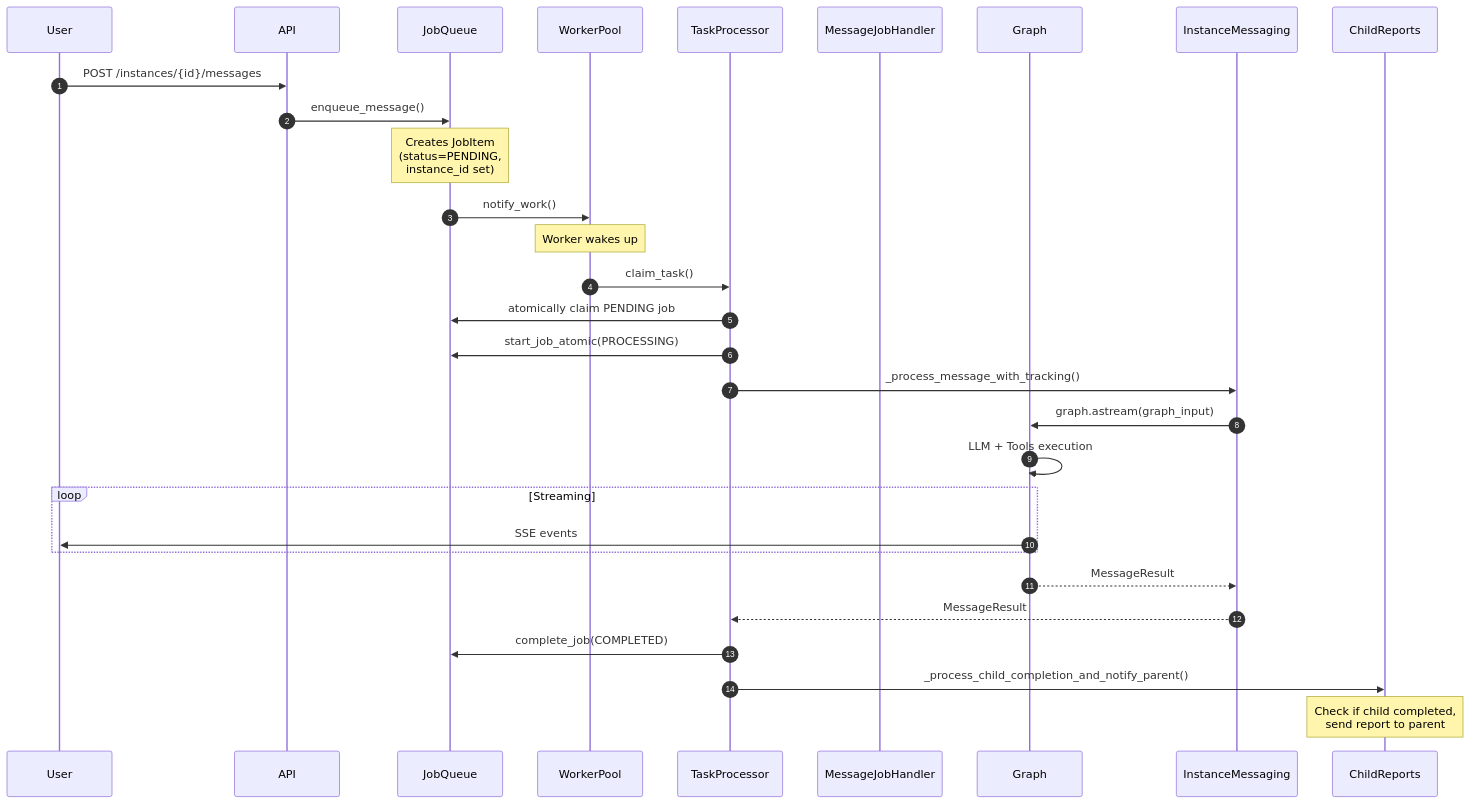
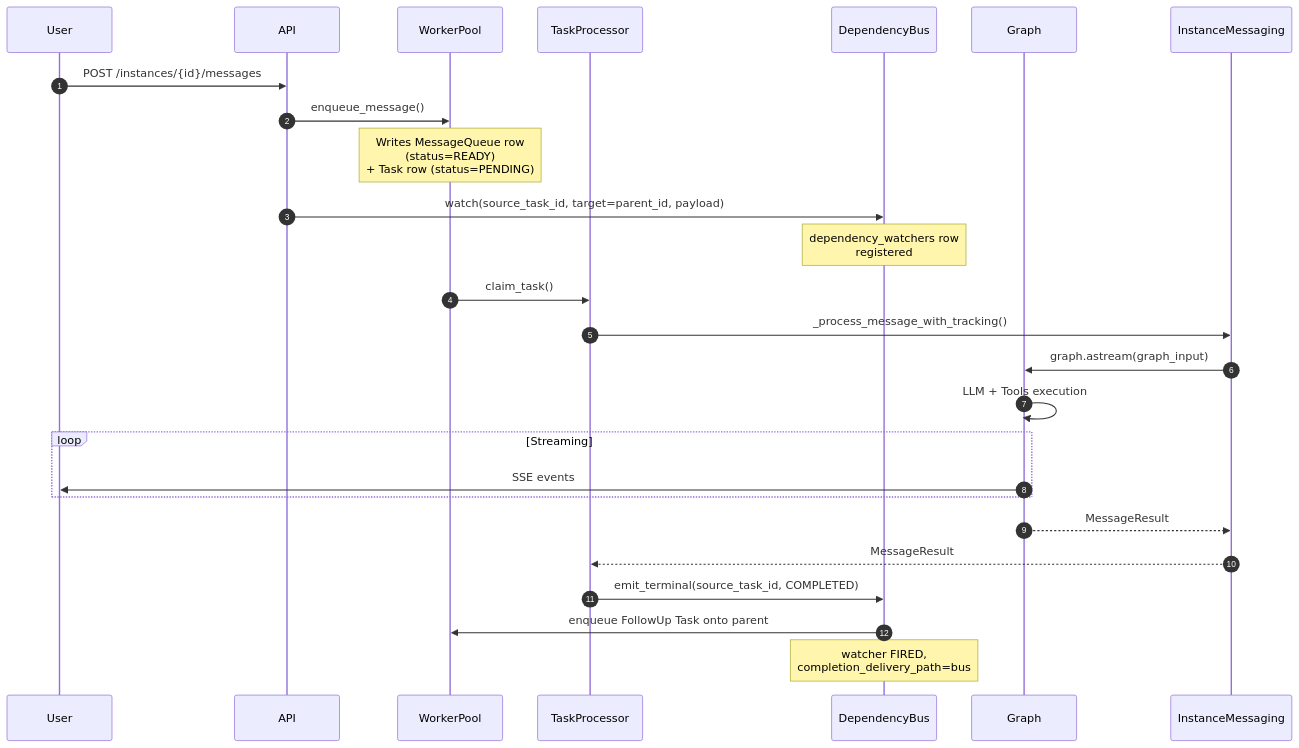
One commit to disillusioners/ensemble changed the first of 9 diagrams in docs/architecture/job-task-pause-resume.md. Above: the diagram before and after it, drawn with Mermaid. The commit also changed other lines of this file and 3 other files, not shown here.

First line of the commit message:
docs(D14,D15,D16): update architecture docs + CHANGELOG for Phase D

````diff
--- a/docs/architecture/job-task-pause-resume.md
+++ b/docs/architecture/job-task-pause-resume.md
@@ -444,32 +456,29 @@
 ```mermaid
 sequenceDiagram
     autonumber
     participant User
     participant API
-    participant JobQueue
     participant WorkerPool
     participant TaskProcessor
-    participant MessageJobHandler
+    participant Bus as DependencyBus
     participant Graph
     participant InstanceMessaging
 
     User->>API: POST /instances/{id}/messages
-    API->>JobQueue: enqueue_message()
-    Note over JobQueue: Creates JobItem<br/>(status=PENDING,<br/>instance_id set)
-    JobQueue->>WorkerPool: notify_work()
-    Note over WorkerPool: Worker wakes up
+    API->>WorkerPool: enqueue_message()
+    Note over WorkerPool: Writes MessageQueue row<br/>(status=READY)<br/>+ Task row (status=PENDING)
+    API->>Bus: watch(source_task_id, target=parent_id, payload)
+    Note over Bus: dependency_watchers row<br/>registered
     WorkerPool->>TaskProcessor: claim_task()
-    TaskProcessor->>JobQueue: atomically claim PENDING job
-    TaskProcessor->>JobQueue: start_job_atomic(PROCESSING)
     TaskProcessor->>InstanceMessaging: _process_message_with_tracking()
     InstanceMessaging->>Graph: graph.astream(graph_input)
     Graph->>Graph: LLM + Tools execution
     loop Streaming
         Graph->>User: SSE events
     end
     Graph-->>InstanceMessaging: MessageResult
     InstanceMessaging-->>TaskProcessor: MessageResult
-    TaskProcessor->>JobQueue: complete_job(COMPLETED)
-    TaskProcessor->>ChildReports: _process_child_completion_and_notify_parent()
-    Note over ChildReports: Check if child completed,<br/>send report to parent
+    TaskProcessor->>Bus: emit_terminal(source_task_id, COMPLETED)
+    Bus->>WorkerPool: enqueue FollowUp Task onto parent
+    Note over Bus: watcher FIRED,<br/>completion_delivery_path=bus
 ```
````
